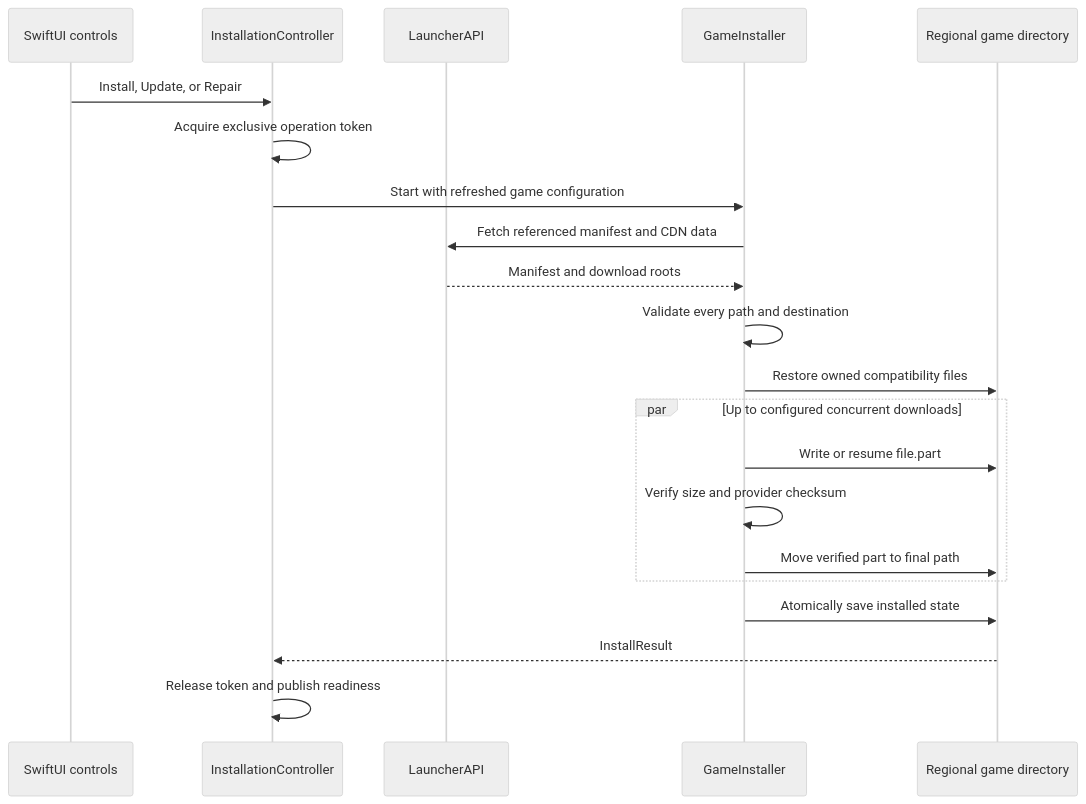
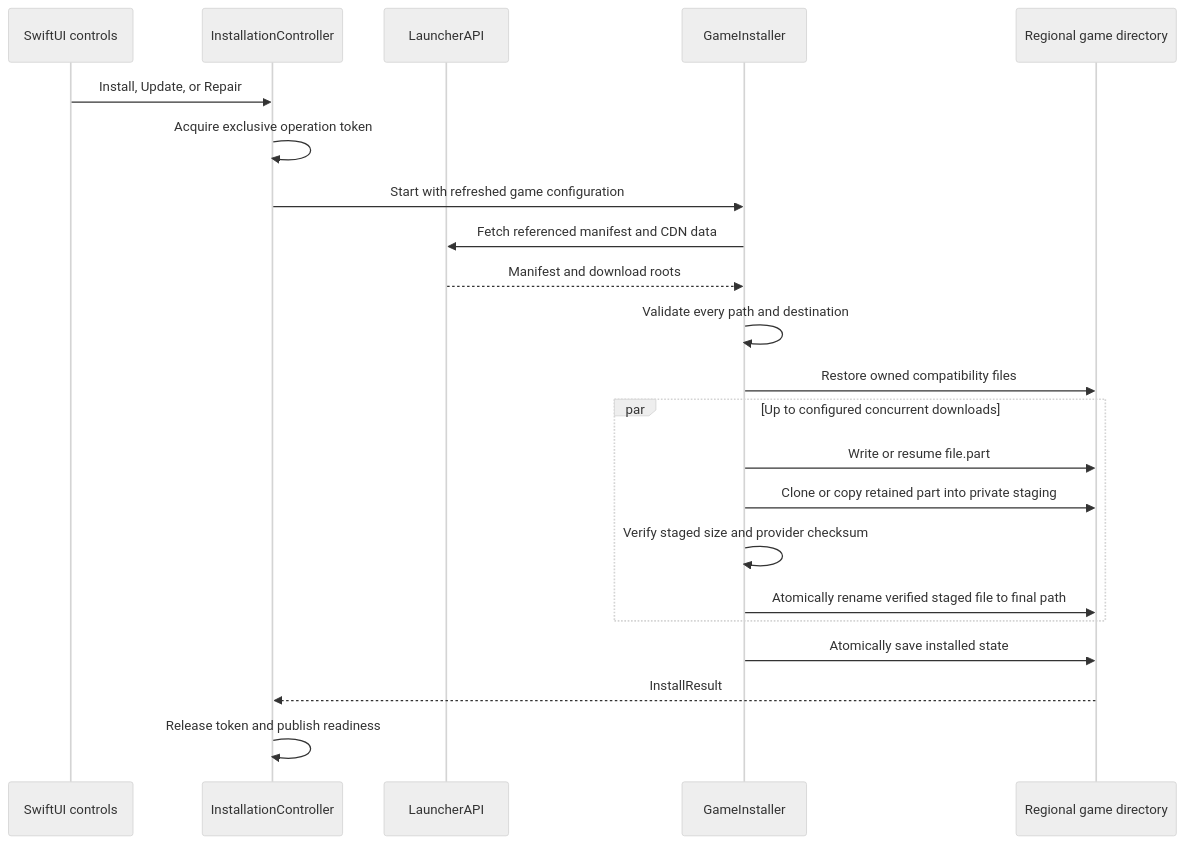
The first of 3 diagrams in docs/development/architecture/installation.md (LuMiSxh/Arknights-MacOS-Client), drawn with Mermaid (neutral theme) before and after one commit. The commit also changed other lines of this file and 229 other files, not shown here.

````diff
--- a/docs/development/architecture/installation.md
+++ b/docs/development/architecture/installation.md
@@ -49,24 +49,25 @@
 ```mermaid
 sequenceDiagram
 	participant UI as SwiftUI controls
 	participant Controller as InstallationController
 	participant API as LauncherAPI
 	participant Installer as GameInstaller
 	participant Disk as Regional game directory
 
 	UI->>Controller: Install, Update, or Repair
 	Controller->>Controller: Acquire exclusive operation token
 	Controller->>Installer: Start with refreshed game configuration
 	Installer->>API: Fetch referenced manifest and CDN data
 	API-->>Installer: Manifest and download roots
 	Installer->>Installer: Validate every path and destination
 	Installer->>Disk: Restore owned compatibility files
 	par Up to configured concurrent downloads
 		Installer->>Disk: Write or resume file.part
-		Installer->>Installer: Verify size and provider checksum
-		Installer->>Disk: Move verified part to final path
+		Installer->>Disk: Clone or copy retained part into private staging
+		Installer->>Installer: Verify staged size and provider checksum
+		Installer->>Disk: Atomically rename verified staged file to final path
 	end
 	Installer->>Disk: Atomically save installed state
 	Disk-->>Controller: InstallResult
 	Controller->>Controller: Release token and publish readiness
 ```
````
